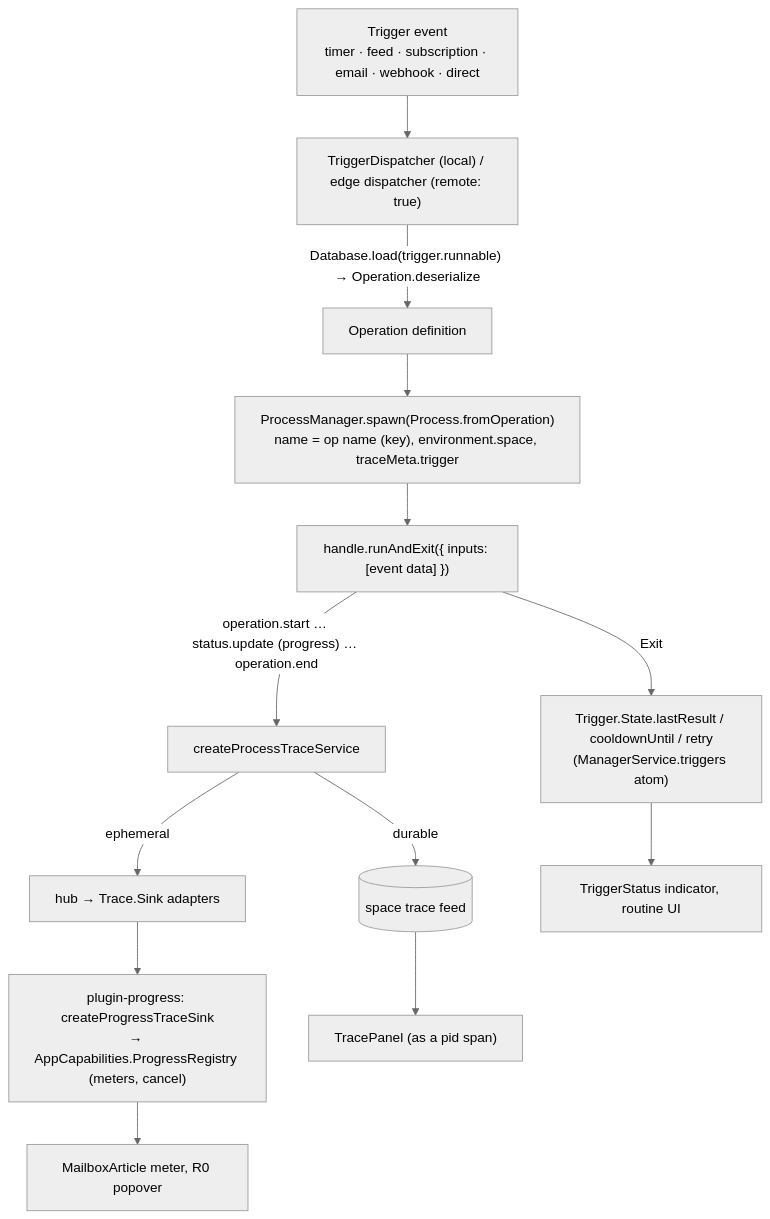
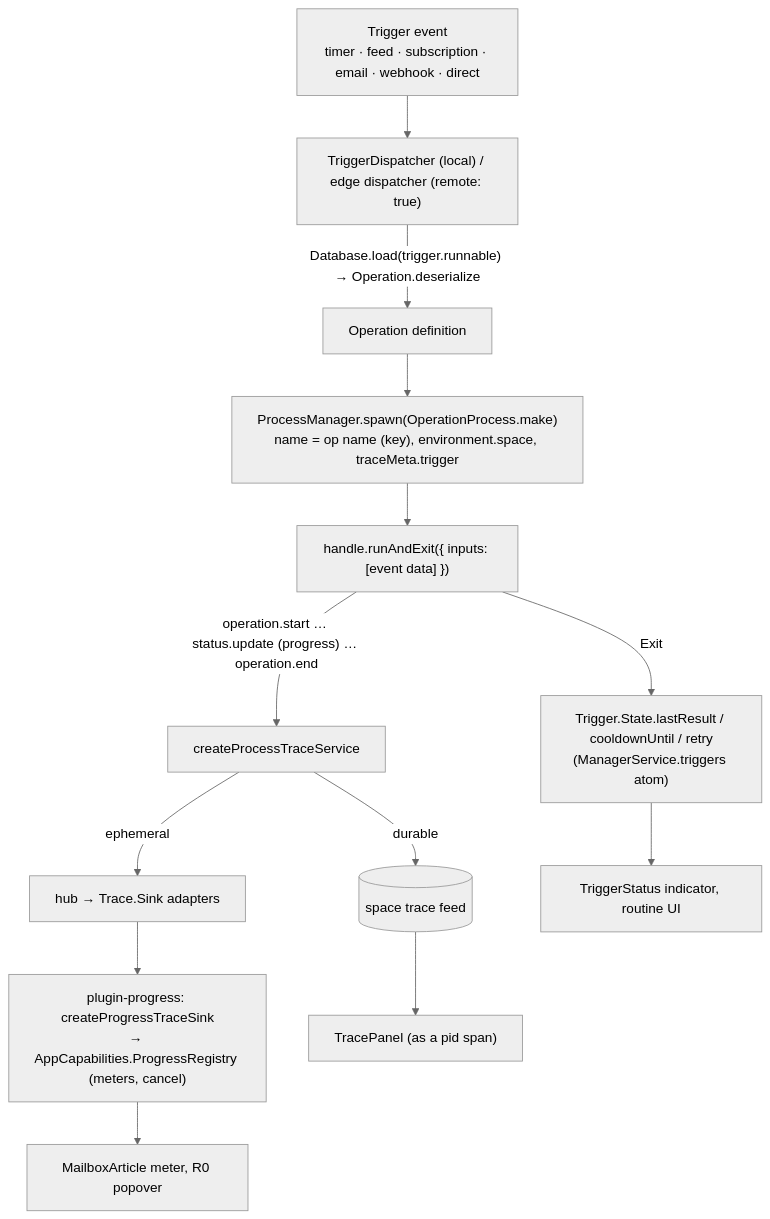
One commit to dxos/dxos changed the fourth of 9 diagrams in packages/plugins/plugin-assistant/docs/ACTIVITY.md. Above: the diagram before and after it, drawn with Mermaid (neutral theme). The commit also changed other lines of this file and 16 other files, not shown here.

First line of the commit message:
compute: Process.spawn takes a durable operation; move fromOperation to compute-runtime

````diff
--- a/packages/plugins/plugin-assistant/docs/ACTIVITY.md
+++ b/packages/plugins/plugin-assistant/docs/ACTIVITY.md
@@ -271,15 +271,15 @@
 ```mermaid
 flowchart TB
   EV["Trigger event<br/>timer · feed · subscription · email · webhook · direct"] --> TD
   TD["TriggerDispatcher (local) / edge dispatcher (remote: true)"] -->|"Database.load(trigger.runnable) → Operation.deserialize"| DEF[Operation definition]
-  DEF --> SP["ProcessManager.spawn(Process.fromOperation)<br/>name = op name (key), environment.space, traceMeta.trigger"]
+  DEF --> SP["ProcessManager.spawn(OperationProcess.make)<br/>name = op name (key), environment.space, traceMeta.trigger"]
   SP --> RUN["handle.runAndExit({ inputs: [event data] })"]
   RUN -->|"operation.start … status.update (progress) … operation.end"| TS[createProcessTraceService]
   TS -->|durable| FEED[("space trace feed")]
   TS -->|ephemeral| HUB["hub → Trace.Sink adapters"]
   HUB --> PR["plugin-progress: createProgressTraceSink<br/>→ AppCapabilities.ProgressRegistry (meters, cancel)"]
   RUN -->|Exit| ST["Trigger.State.lastResult / cooldownUntil / retry<br/>(ManagerService.triggers atom)"]
   ST --> TSTAT["TriggerStatus indicator, routine UI"]
   FEED --> TP["TracePanel (as a pid span)"]
   PR --> METER["MailboxArticle meter, R0 popover"]
 ```
````
